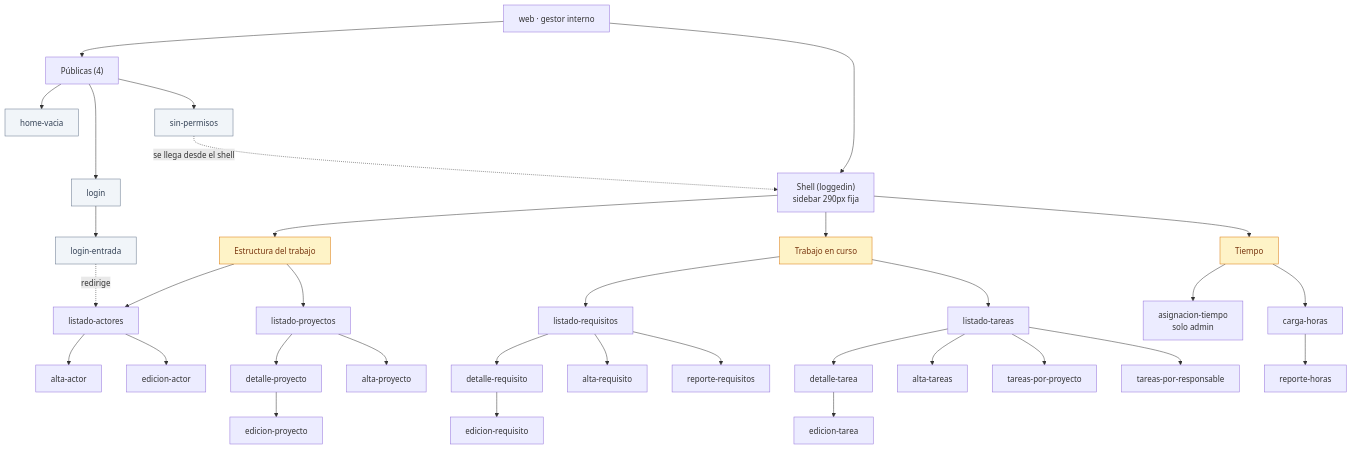
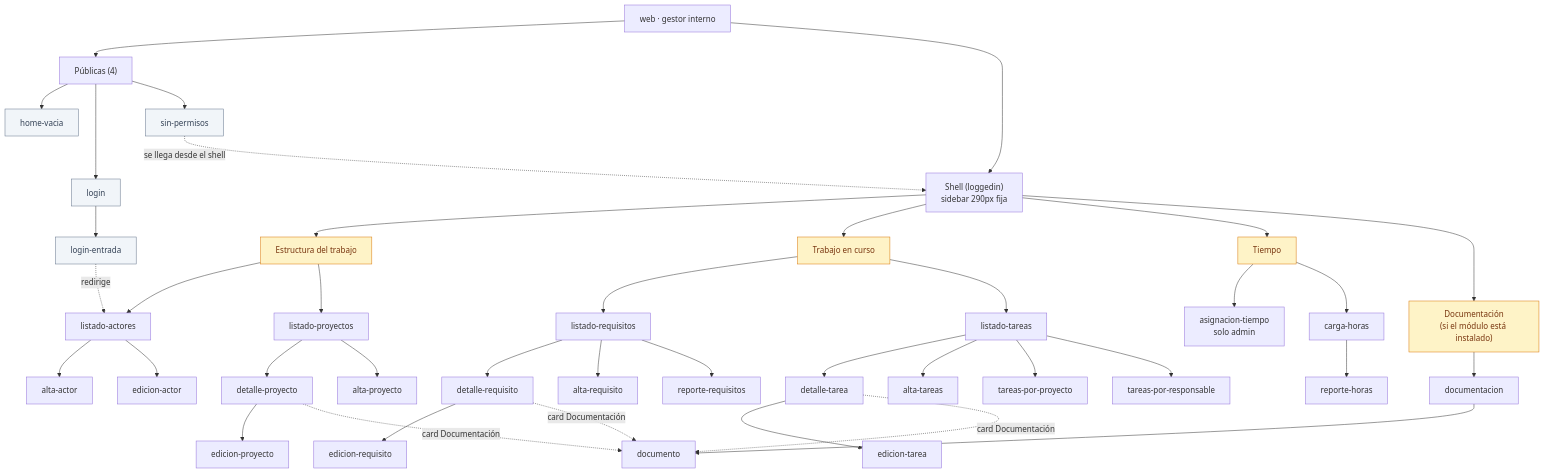
One commit to gravadigital/jiku changed the diagram in docs/ux/surfaces/web/product-map.md. Above: the diagram before and after it, drawn with Mermaid. The commit also changed other lines of this file and 21 other files, not shown here.

````diff
--- a/docs/ux/surfaces/web/product-map.md
+++ b/docs/ux/surfaces/web/product-map.md
@@ -296,48 +334,55 @@
 ```mermaid
 flowchart TD
     Root["web · gestor interno"]
 
     Root --> Pub["Públicas (4)"]
     Root --> Shell["Shell (loggedin)<br/>sidebar 290px fija"]
 
     Pub --> P1["home-vacia"]
     Pub --> P2["login"]
     P2 --> P3["login-entrada"]
     Pub --> P4["sin-permisos"]
 
     Shell --> G1["Estructura del trabajo"]
     Shell --> G2["Trabajo en curso"]
     Shell --> G3["Tiempo"]
 
     G1 --> A["listado-actores"]
     A --> A1["alta-actor"]
     A --> A2["edicion-actor"]
     G1 --> PR["listado-proyectos"]
     PR --> PR1["detalle-proyecto"]
     PR --> PR2["alta-proyecto"]
     PR1 --> PR3["edicion-proyecto"]
 
     G2 --> R["listado-requisitos"]
     R --> R1["detalle-requisito"]
     R --> R2["alta-requisito"]
     R1 --> R3["edicion-requisito"]
     R --> R4["reporte-requisitos"]
     G2 --> T["listado-tareas"]
     T --> T1["detalle-tarea"]
     T --> T2["alta-tareas"]
     T1 --> T3["edicion-tarea"]
     T --> T4["tareas-por-proyecto"]
     T --> T5["tareas-por-responsable"]
 
+    Shell --> G4["Documentación<br/>(si el módulo está instalado)"]
+    G4 --> D1["documentacion"]
+    D1 --> D2["documento"]
+    PR1 -.card Documentación.-> D2
+    R1 -.card Documentación.-> D2
+    T1 -.card Documentación.-> D2
+
     G3 --> H1["asignacion-tiempo<br/>solo admin"]
     G3 --> H2["carga-horas"]
     H2 --> H3["reporte-horas"]
 
     P3 -.redirige.-> A
     P4 -.se llega desde el shell.-> Shell
 
     classDef pub fill:#f1f5f9,stroke:#64748b,color:#334155
     classDef grp fill:#fef3c7,stroke:#d97706,color:#78350f
     class P1,P2,P3,P4 pub
-    class G1,G2,G3 grp
+    class G1,G2,G3,G4 grp
 ```
````
